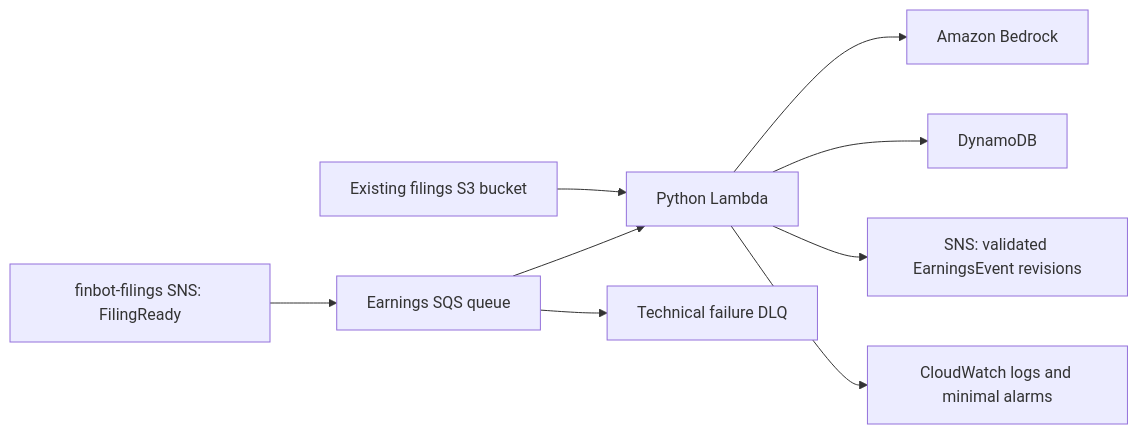
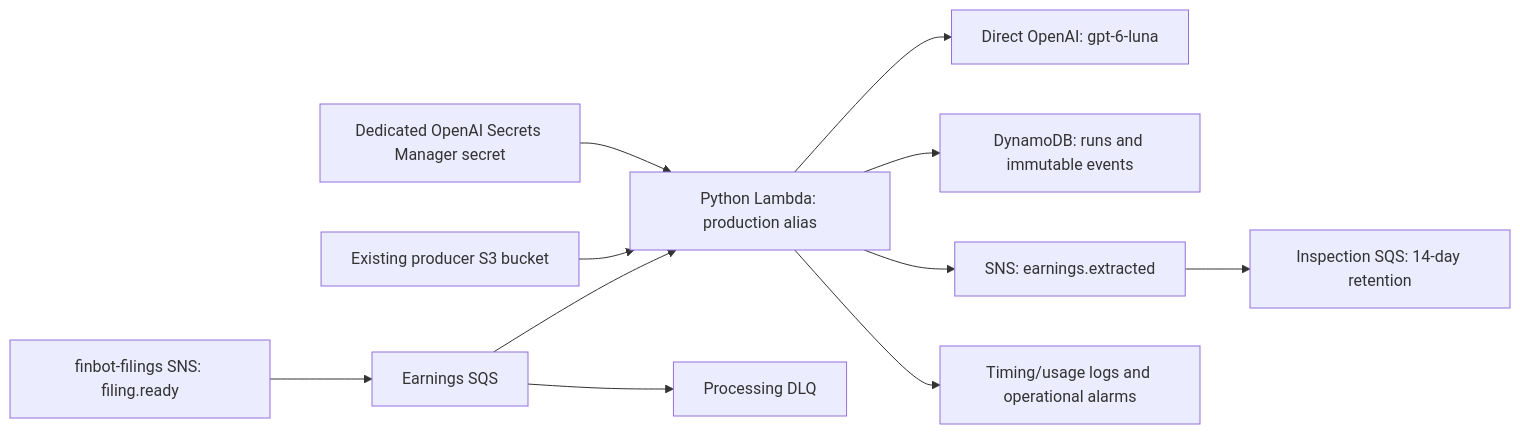
One commit to ilancooke/finbot-earnings changed the diagram in docs/ARCHITECTURE.md. Above: the diagram before and after it, drawn with Mermaid. The commit also changed other lines of this file and 11 other files, not shown here.

````diff
--- a/docs/ARCHITECTURE.md
+++ b/docs/ARCHITECTURE.md
@@ -25,11 +13,13 @@
 ```mermaid
 flowchart LR
-    Filings[finbot-filings SNS: FilingReady] --> Queue[Earnings SQS queue]
-    Queue --> Worker[Python Lambda]
-    Raw[Existing filings S3 bucket] --> Worker
-    Worker --> Model[Amazon Bedrock]
-    Worker --> Store[DynamoDB]
-    Worker --> Output[SNS: validated EarningsEvent revisions]
-    Queue --> DLQ[Technical failure DLQ]
-    Worker --> Logs[CloudWatch logs and minimal alarms]
+    Filings[finbot-filings SNS: filing.ready] --> Queue[Earnings SQS]
+    Queue --> Worker[Python Lambda: production alias]
+    Sources[Existing producer S3 bucket] --> Worker
+    Secret[Dedicated OpenAI Secrets Manager secret] --> Worker
+    Worker --> Model[Direct OpenAI: gpt-6-luna]
+    Worker --> Store[DynamoDB: runs and immutable events]
+    Worker --> Output[SNS: earnings.extracted]
+    Output --> Inspect[Inspection SQS: 14-day retention]
+    Queue --> DLQ[Processing DLQ]
+    Worker --> Ops[Timing/usage logs and operational alarms]
 ```
````
